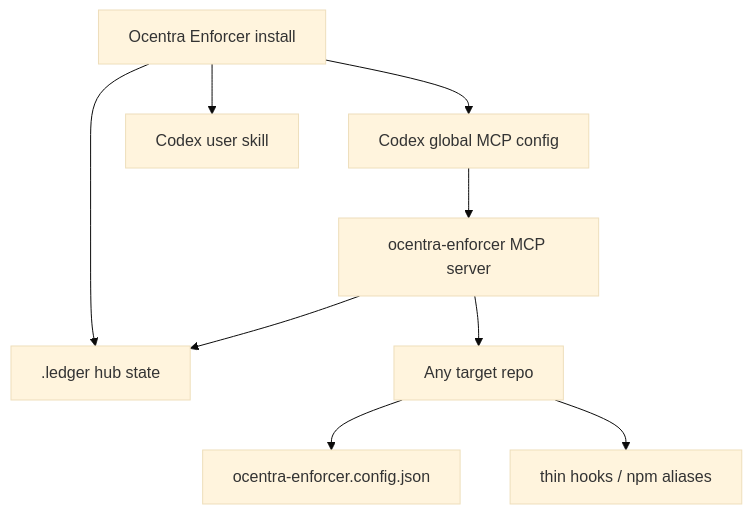
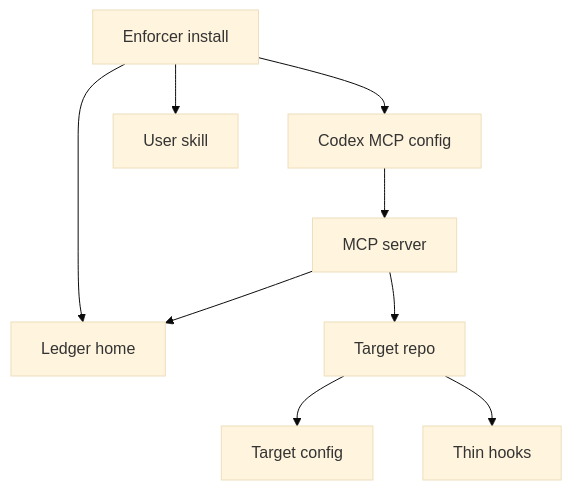
One commit to ocentra/ocentra-enforcer changed the diagram in docs/SKILL_MCP_SYSTEM.md. Above: the diagram before and after it, drawn with Mermaid (base theme). The commit also changed 33 other files, not shown here.

Commit message:
feat: add multilang enforcer parity and compact mcp output

````diff
--- a/docs/SKILL_MCP_SYSTEM.md
+++ b/docs/SKILL_MCP_SYSTEM.md
@@ -8,11 +8,19 @@
 ```mermaid
 flowchart TD
-  Pack["Ocentra Enforcer install"] --> CodexConfig["Codex global MCP config"]
-  Pack --> Skill["Codex user skill"]
-  Pack --> Ledger[".ledger hub state"]
-  Target["Any target repo"] --> Config["ocentra-enforcer.config.json"]
-  Target --> Hooks["thin hooks / npm aliases"]
-  CodexConfig --> MCP["ocentra-enforcer MCP server"]
-  MCP --> Target
-  MCP --> Ledger
+  A["Enforcer install"]
+  B["Codex MCP config"]
+  C["User skill"]
+  D["Ledger home"]
+  E["Target repo"]
+  F["Target config"]
+  G["Thin hooks"]
+  H["MCP server"]
+  A --> B
+  A --> C
+  A --> D
+  E --> F
+  E --> G
+  B --> H
+  H --> E
+  H --> D
 ```
````
